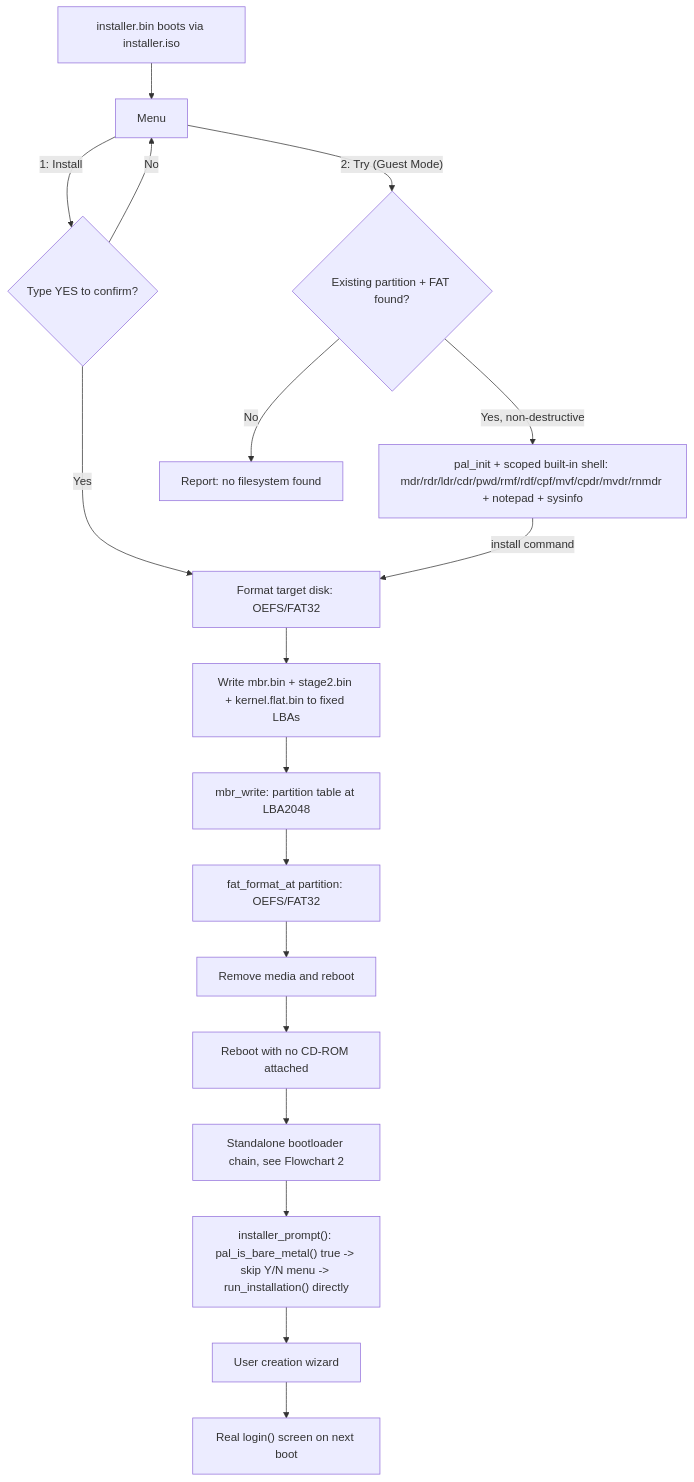
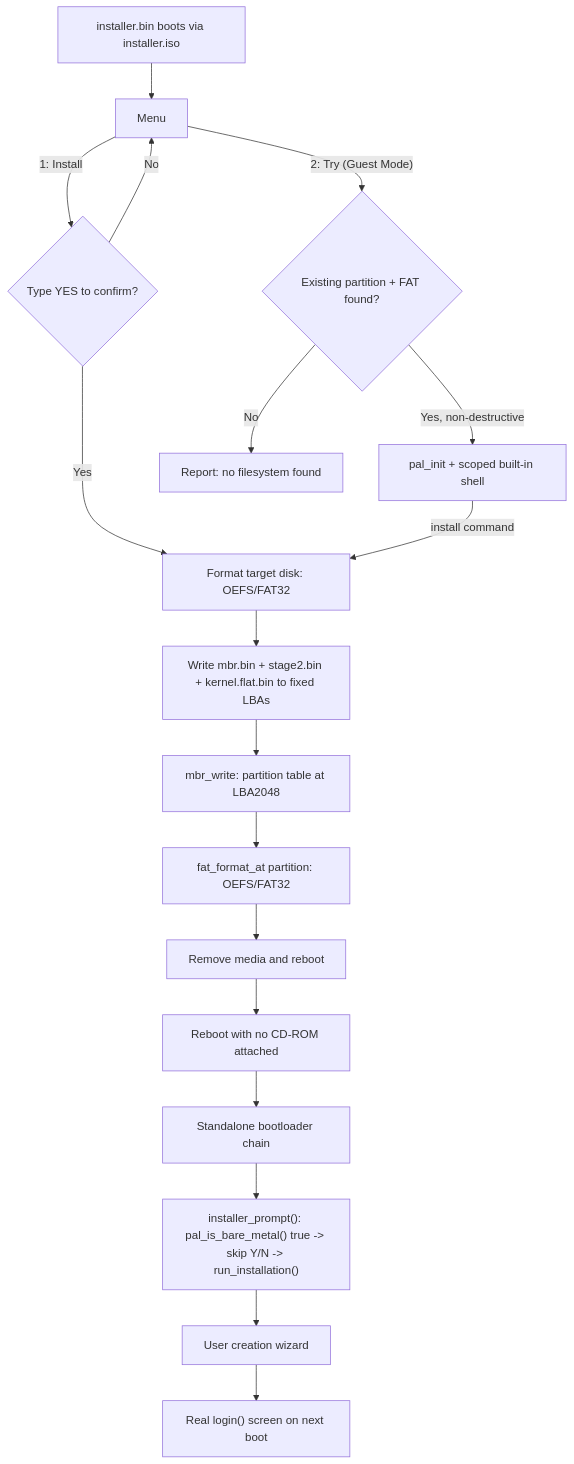
Before and after one commit to Subhajit267/OE_REBOOT_BOOTABLE_x86: the fifth of 6 diagrams in README.md, drawn with Mermaid. The commit also changed other lines of this file, not shown here.

````diff
--- a/README.md
+++ b/README.md
@@ -258,20 +255,20 @@
 ```mermaid
 flowchart TD
     A[installer.bin boots via installer.iso] --> B[Menu]
     B -- "1: Install" --> C{Type YES to confirm?}
     C -- No --> B
     C -- Yes --> D[Format target disk: OEFS/FAT32]
     D --> E[Write mbr.bin + stage2.bin + kernel.flat.bin to fixed LBAs]
     E --> F[mbr_write: partition table at LBA2048]
     F --> G[fat_format_at partition: OEFS/FAT32]
     G --> H["Remove media and reboot"]
     B -- "2: Try (Guest Mode)" --> I{Existing partition + FAT found?}
-    I -- Yes, non-destructive --> J[pal_init + scoped built-in shell: mdr/rdr/ldr/cdr/pwd/rmf/rdf/cpf/mvf/cpdr/mvdr/rnmdr + notepad + sysinfo]
+    I -- Yes, non-destructive --> J[pal_init + scoped built-in shell]
     I -- No --> K[Report: no filesystem found]
     J -- "install command" --> D
     H --> L[Reboot with no CD-ROM attached]
-    L --> M[Standalone bootloader chain, see Flowchart 2]
-    M --> N["installer_prompt(): pal_is_bare_metal() true -> skip Y/N menu -> run_installation() directly"]
+    L --> M[Standalone bootloader chain]
+    M --> N["installer_prompt(): pal_is_bare_metal() true -> skip Y/N -> run_installation()"]
     N --> O[User creation wizard]
     O --> P["Real login() screen on next boot"]
 ```
````
